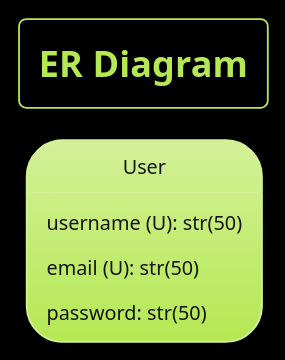
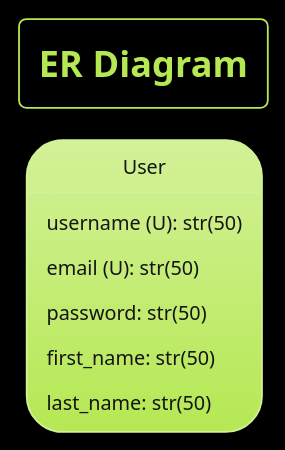
Before and after one commit to AdityaShenoy/FlipCart: the first of 2 diagrams in design.plantuml, drawn with PlantUML.

Commit message:
docs: add name fields to user model

```diff
--- a/design.plantuml
+++ b/design.plantuml
@@ -1,13 +1,15 @@
 @startuml er_diagram
 
     !theme hacker
     skinparam BackgroundColor black
     title "ER Diagram"
 
     object User {
         username (U): str(50)
         email (U): str(50)
         password: str(50)
+        first_name: str(50)
+        last_name: str(50)
     }
 
 @enduml
```
